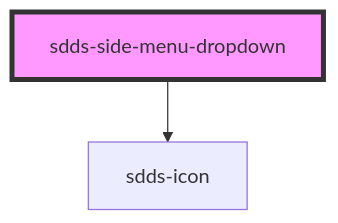
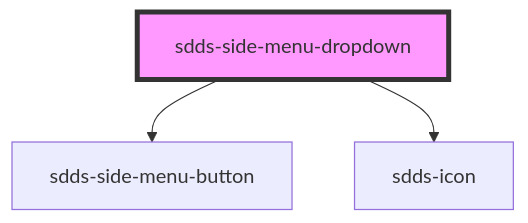
Before and after one commit to scania-digital-design-system/sdds: the diagram in tegel/src/components/side-menu/webcomponent/side-menu-dropdown/readme.md, drawn with Mermaid. The commit also changed other lines of this file and 168 other files, not shown here.

````diff
--- a/tegel/src/components/side-menu/webcomponent/side-menu-dropdown/readme.md
+++ b/tegel/src/components/side-menu/webcomponent/side-menu-dropdown/readme.md
@@ -23,5 +26,6 @@
 ```mermaid
 graph TD;
+  sdds-side-menu-dropdown --> sdds-side-menu-button
   sdds-side-menu-dropdown --> sdds-icon
   style sdds-side-menu-dropdown fill:#f9f,stroke:#333,stroke-width:4px
 ```
````
